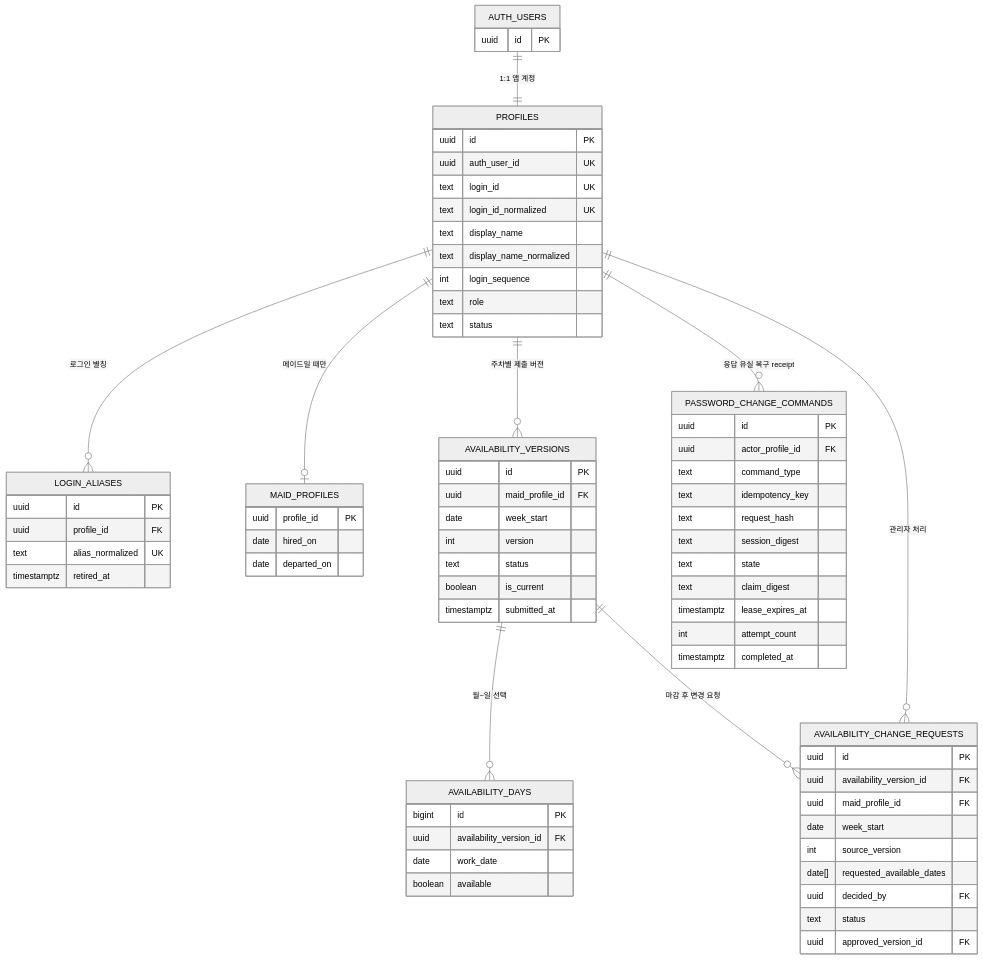
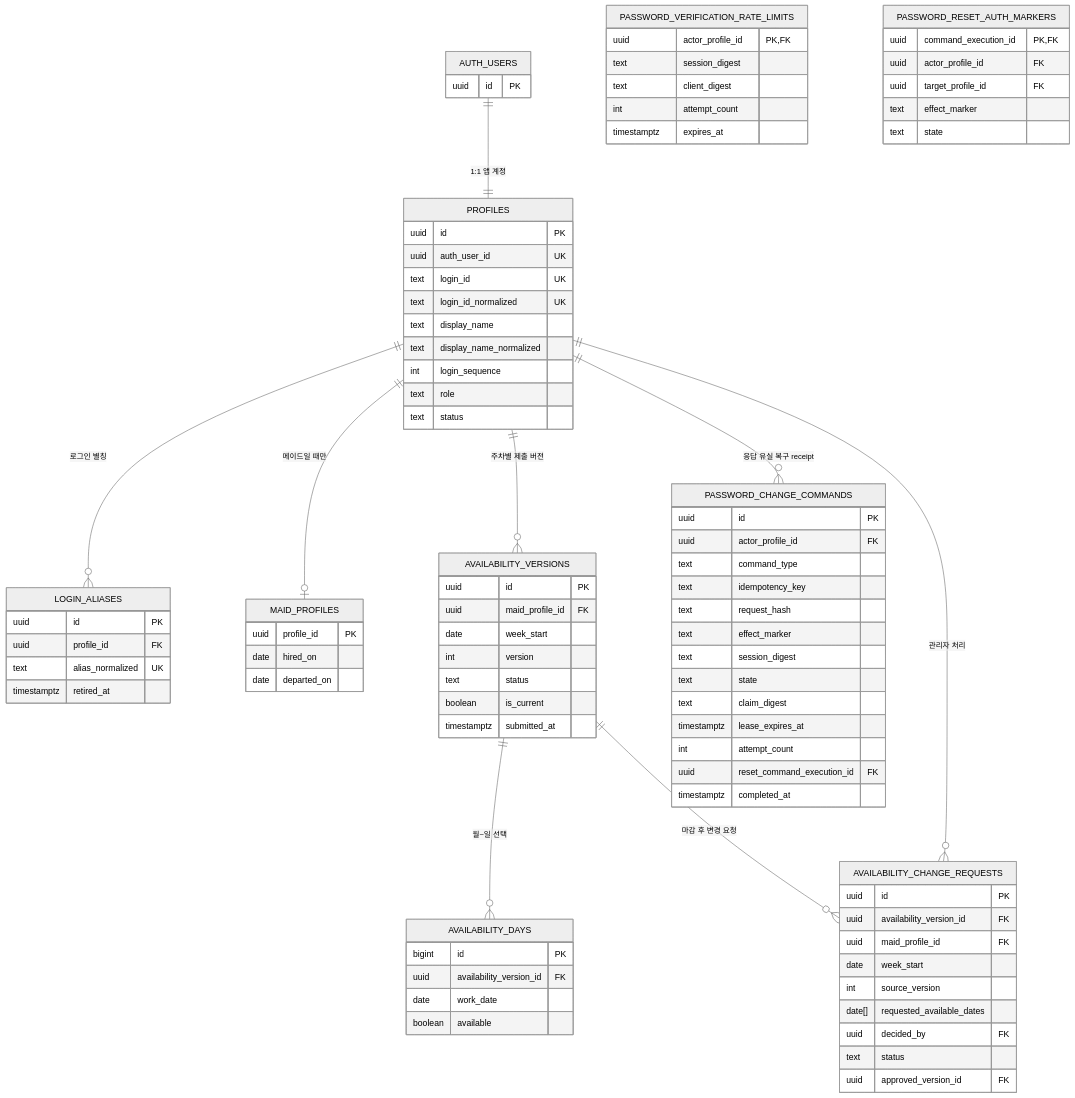
The second of 12 diagrams in docs/ERD.md (wrongstory/room-management-system-backend), drawn with Mermaid (neutral theme) before and after one commit. The commit also changed other lines of this file and 23 other files, not shown here.

````diff
--- a/docs/ERD.md
+++ b/docs/ERD.md
@@ -101,11 +101,27 @@
     text command_type
     text idempotency_key
     text request_hash
+    text effect_marker
     text session_digest
     text state
     text claim_digest
     timestamptz lease_expires_at
     int attempt_count
+    uuid reset_command_execution_id FK
     timestamptz completed_at
   }
+  PASSWORD_VERIFICATION_RATE_LIMITS {
+    uuid actor_profile_id PK,FK
+    text session_digest
+    text client_digest
+    int attempt_count
+    timestamptz expires_at
+  }
+  PASSWORD_RESET_AUTH_MARKERS {
+    uuid command_execution_id PK,FK
+    uuid actor_profile_id FK
+    uuid target_profile_id FK
+    text effect_marker
+    text state
+  }
 ```
````
